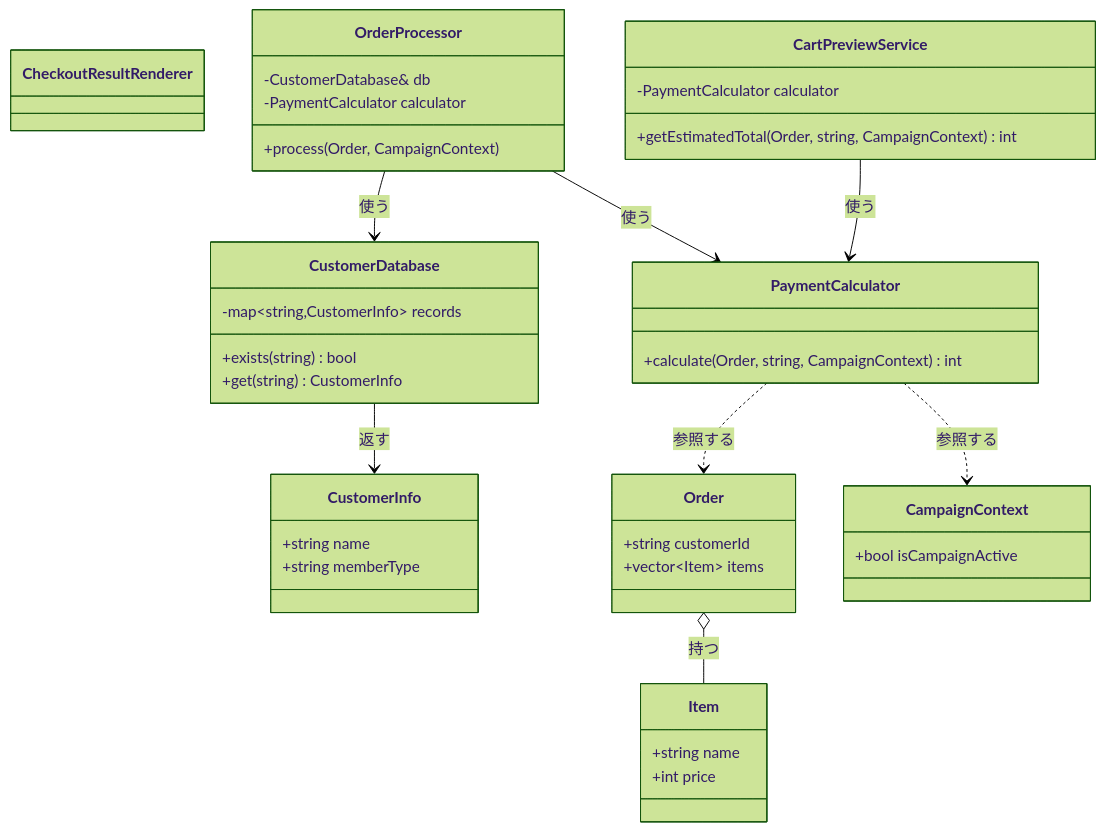
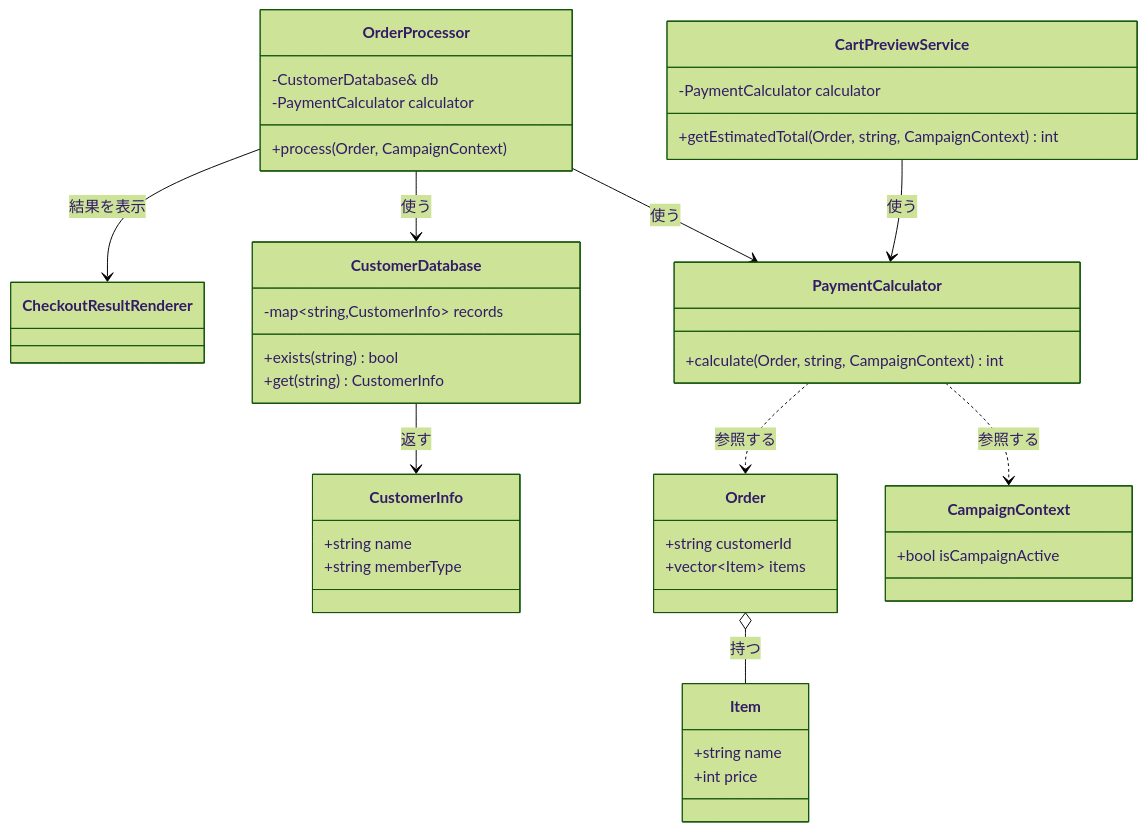
The third of 12 diagrams in kindle/design-patterns/output/chapter01.md (kumachan1101-pixel/DesignPattern), drawn with Mermaid (forest theme) before and after one commit. The commit also changed other lines of this file and 14 other files, not shown here.

Commit message:
全章の仕様図と変更対象外基盤を整合

````diff
--- a/kindle/design-patterns/output/chapter01.md
+++ b/kindle/design-patterns/output/chapter01.md
@@ -159,44 +183,45 @@
 ```mermaid
 classDiagram
     class CheckoutResultRenderer
     class CustomerDatabase {
         -map~string,CustomerInfo~ records
         +exists(string) bool
         +get(string) CustomerInfo
     }
     class CustomerInfo {
         +string name
         +string memberType
     }
     class OrderProcessor {
         -CustomerDatabase& db
         -PaymentCalculator calculator
         +process(Order, CampaignContext)
     }
     class PaymentCalculator {
         +calculate(Order, string, CampaignContext) int
     }
     class CartPreviewService {
         -PaymentCalculator calculator
         +getEstimatedTotal(Order, string, CampaignContext) int
     }
     class Order {
         +string customerId
         +vector~Item~ items
     }
     class Item {
         +string name
         +int price
     }
     class CampaignContext {
         +bool isCampaignActive
     }
 
     OrderProcessor --> CustomerDatabase : 使う
     OrderProcessor --> PaymentCalculator : 使う
+    OrderProcessor --> CheckoutResultRenderer : 結果を表示
     CustomerDatabase --> CustomerInfo : 返す
     CartPreviewService --> PaymentCalculator : 使う
     PaymentCalculator ..> Order : 参照する
     PaymentCalculator ..> CampaignContext : 参照する
     Order o-- Item : 持つ
 ```
````
